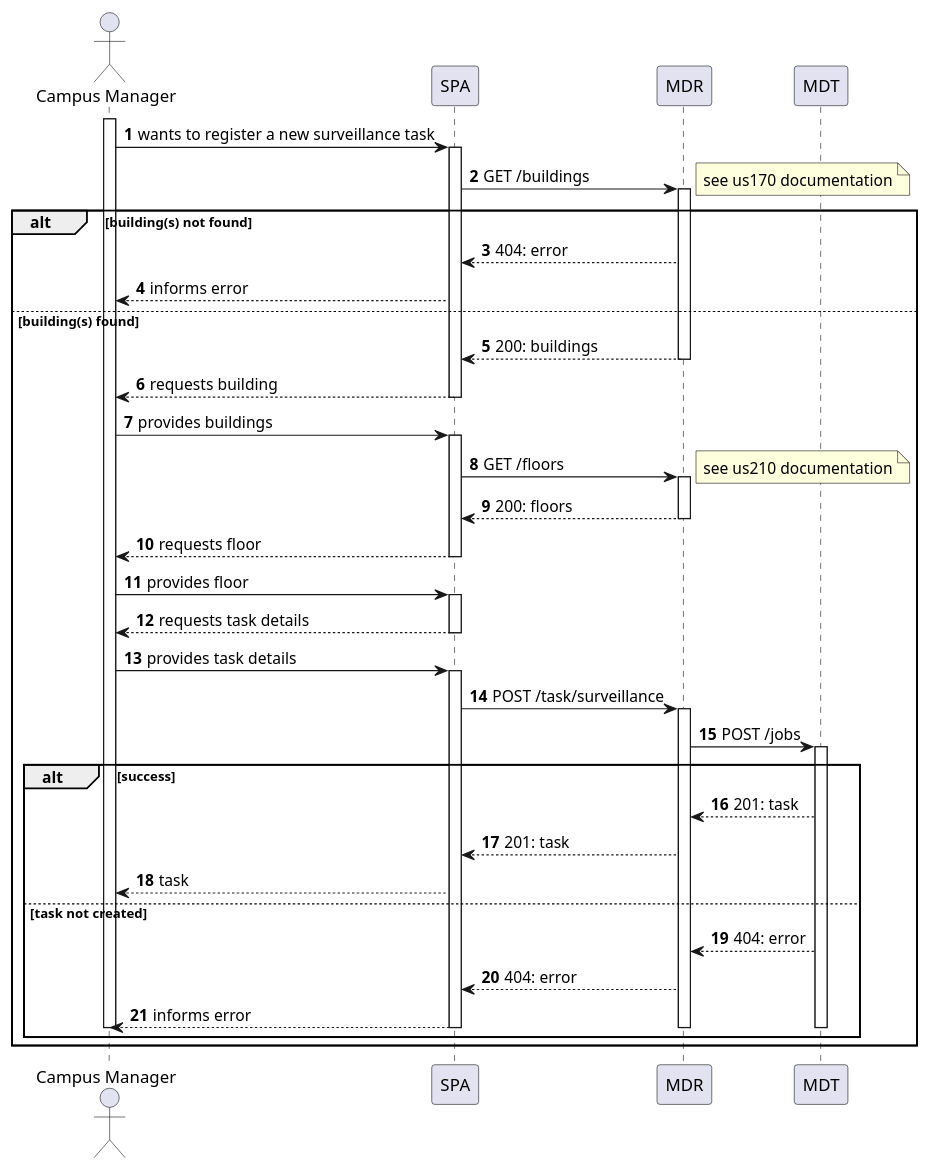
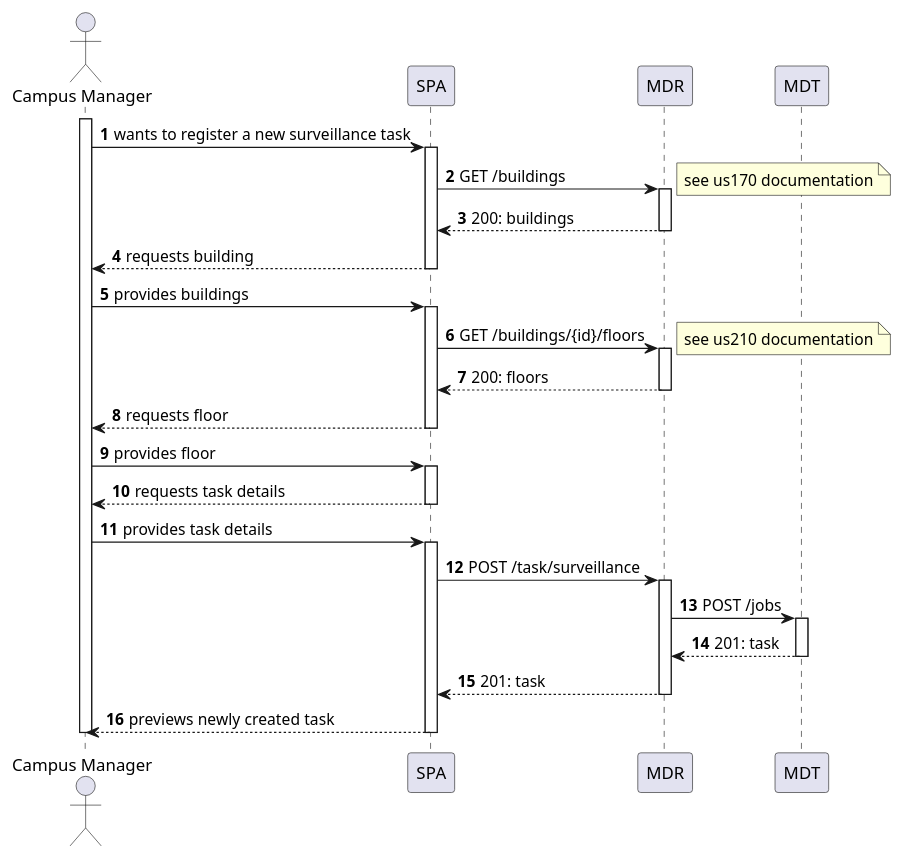
The diagram in docs/us460/surveillance/level2/process-view.puml (Departamento-de-Engenharia-Informatica/lapr5-23-24-g19), drawn with PlantUML before and after one commit. The commit also changed 11 other files, not shown here.

```diff
--- a/docs/us460/surveillance/level2/process-view.puml
+++ b/docs/us460/surveillance/level2/process-view.puml
@@ -1,63 +1,51 @@
 @startuml
 autonumber
 
 actor "Campus Manager" as usr
 
 participant "SPA" as ui
 participant "MDR" as mdr
 participant "MDT" as mdt
 
 activate usr
 usr -> ui : wants to register a new surveillance task
     activate ui
         ui -> mdr : GET /buildings
-    alt building(s) not found
             activate mdr
                 note right : see us170 documentation
-                mdr --> ui : 404: error
-                ui --> usr : informs error
-
-    else building(s) found
             mdr --> ui : 200: buildings
             deactivate mdr
 
             ui --> usr : requests building
             deactivate ui
 
             usr -> ui : provides buildings
             activate ui
-                ui -> mdr : GET /floors
+        ui -> mdr : GET /buildings/{id}/floors
                 activate mdr
                 note right : see us210 documentation
                     mdr --> ui : 200: floors
                 deactivate mdr
 
                 ui --> usr : requests floor
             deactivate ui
 
             usr -> ui : provides floor
             activate ui
                 ui --> usr : requests task details
             deactivate ui
 
             usr -> ui : provides task details
         activate ui
             ui -> mdr : POST /task/surveillance
             activate mdr
                 mdr -> mdt : POST /jobs
                 activate mdt
-                    alt success
-                        mdt --> mdr : 201: task
-                        mdr --> ui : 201: task
-                        ui --> usr : task
-                    else task not created
-                        mdt --> mdr : 404: error
-                        mdr --> ui : 404: error
-                        ui --> usr : informs error
+                    mdt --> mdr : 201: task
                 deactivate mdt
+                mdr --> ui : 201: task
             deactivate mdr
+            ui --> usr : previews newly created task
     deactivate ui
 deactivate usr
-end
-end
 @enduml
```
